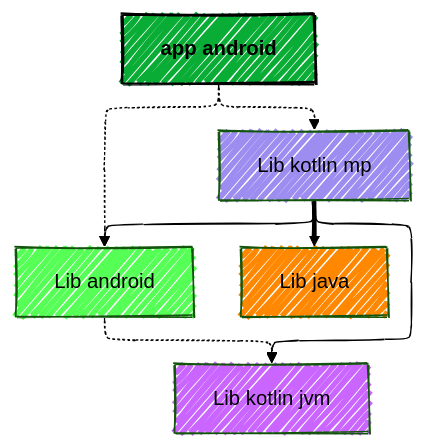
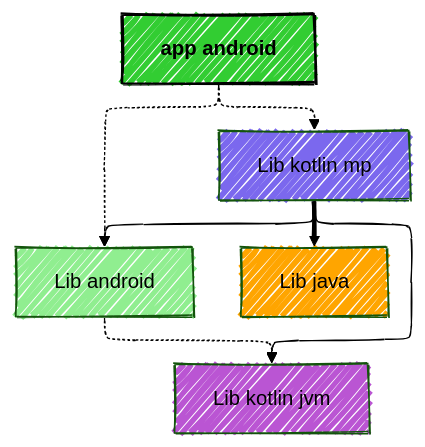
Before and after one commit to jonapoul/atlas: the diagram in sample/sample-app-android/charts/charts.mmd, drawn with Mermaid. The commit also changed 25 other files, not shown here.

```diff
--- a/sample/sample-app-android/charts/charts.mmd
+++ b/sample/sample-app-android/charts/charts.mmd
@@ -1,29 +1,29 @@
 ---
 config:
   layout: elk
   look: handDrawn
   theme: forest
   elk:
     mergeEdges: true
     forceNodeModelOrder: true
     nodePlacementStrategy: LINEAR_SEGMENTS
     cycleBreakingStrategy: INTERACTIVE
     considerModelOrder: PREFER_EDGES
 ---
 graph TD
   _sample_app_android["app android"]
   _sample_lib_android["Lib android"]
   _sample_lib_java["Lib java"]
   _sample_lib_kotlin_jvm["Lib kotlin jvm"]
   _sample_lib_kotlin_mp["Lib kotlin mp"]
-  style _sample_app_android fill:#09AD35,color:black,font-weight:bold,stroke:black,stroke-width:2px
-  style _sample_lib_android fill:#55FF55,color:black
-  style _sample_lib_java fill:#FF8800,color:black
-  style _sample_lib_kotlin_jvm fill:#CA66FF,color:black
-  style _sample_lib_kotlin_mp fill:#9D8DF1,color:black
+  style _sample_app_android fill:limegreen,color:black,font-weight:bold,stroke:black,stroke-width:2px
+  style _sample_lib_android fill:lightgreen,color:black
+  style _sample_lib_java fill:orange,color:black
+  style _sample_lib_kotlin_jvm fill:mediumorchid,color:black
+  style _sample_lib_kotlin_mp fill:mediumslateblue,color:black
   _sample_app_android -.-> _sample_lib_android
   _sample_app_android -.-> _sample_lib_kotlin_mp
   _sample_lib_android -.-> _sample_lib_kotlin_jvm
   _sample_lib_kotlin_mp --> _sample_lib_android
   _sample_lib_kotlin_mp ==> _sample_lib_java
   _sample_lib_kotlin_mp --> _sample_lib_kotlin_jvm
```
